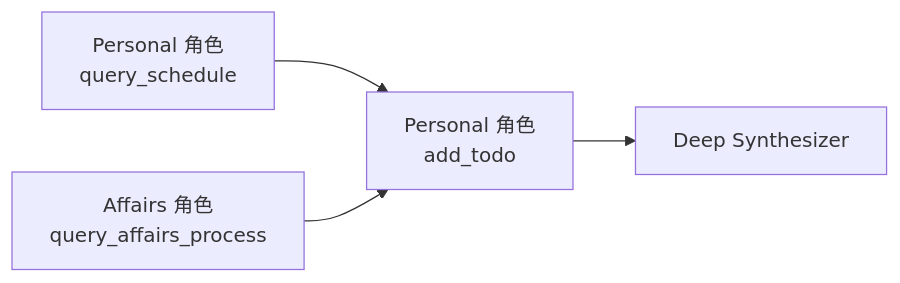
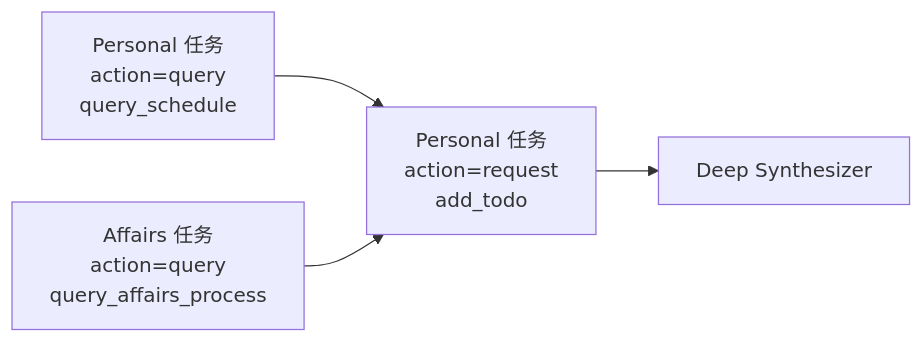
The second of 2 diagrams in README.md (iam-epiphany/XDU-EchoGuide), drawn with Mermaid before and after one commit. The commit also changed other lines of this file and 32 other files, not shown here.

````diff
--- a/README.md
+++ b/README.md
@@ -113,6 +266,6 @@
 ```mermaid
 flowchart LR
-    S["Personal 角色<br/>query_schedule"] --> A["Personal 角色<br/>add_todo"]
-    P["Affairs 角色<br/>query_affairs_process"] --> A
+    S["Personal 任务<br/>action=query<br/>query_schedule"] --> A["Personal 任务<br/>action=request<br/>add_todo"]
+    P["Affairs 任务<br/>action=query<br/>query_affairs_process"] --> A
     A --> Y["Deep Synthesizer"]
 ```
````
